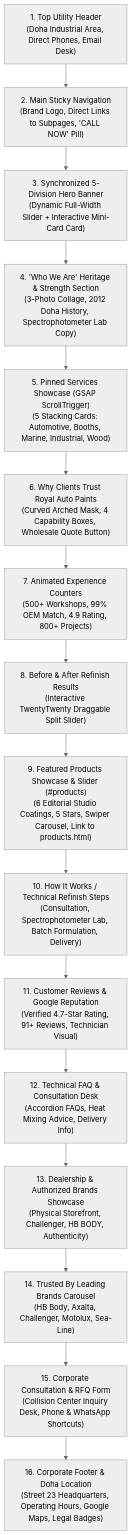
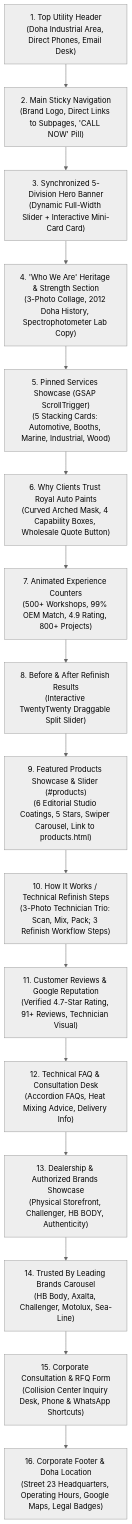
Before and after one commit to manu-gitxen/royalautopaintsre: the second of 2 diagrams in docs/blueprint.md, drawn with Mermaid (neutral theme). The commit also changed 2 other files, not shown here.

Commit message:
HTML Guard (index.html): Added e-no-lazyload to the section parent and image containers so Elementor's default lazy-loader does not hide the background images. CSS Overrides (css/custom.css): Added clean, high-priority rules ensuring all three cards display side-by-side with border-radius: 18px, background-size: cover, and subtle drop shadows.

````diff
--- a/docs/blueprint.md
+++ b/docs/blueprint.md
@@ -160,21 +160,21 @@
 ```mermaid
 flowchart TD
     S1["1. Top Utility Header\n(Doha Industrial Area, Direct Phones, Email Desk)"]
     S2["2. Main Sticky Navigation\n(Brand Logo, Direct Links to Subpages, 'CALL NOW' Pill)"]
     S3["3. Synchronized 5-Division Hero Banner\n(Dynamic Full-Width Slider + Interactive Mini-Card Card)"]
     S4["4. 'Who We Are' Heritage & Strength Section\n(3-Photo Collage, 2012 Doha History, Spectrophotometer Lab Copy)"]
     S5["5. Pinned Services Showcase (GSAP ScrollTrigger)\n(5 Stacking Cards: Automotive, Booths, Marine, Industrial, Wood)"]
     S6["6. Why Clients Trust Royal Auto Paints\n(Curved Arched Mask, 4 Capability Boxes, Wholesale Quote Button)"]
     S7["7. Animated Experience Counters\n(500+ Workshops, 99% OEM Match, 4.9 Rating, 800+ Projects)"]
     S8["8. Before & After Refinish Results\n(Interactive TwentyTwenty Draggable Split Slider)"]
     S9["9. Featured Products Showcase & Slider (#products)\n(6 Editorial Studio Coatings, 5 Stars, Swiper Carousel, Link to products.html)"]
-    S10["10. How It Works / Technical Refinish Steps\n(Consultation, Spectrophotometer Lab, Batch Formulation, Delivery)"]
+    S10["10. How It Works / Technical Refinish Steps\n(3-Photo Technician Trio: Scan, Mix, Pack; 3 Refinish Workflow Steps)"]
     S11["11. Customer Reviews & Google Reputation\n(Verified 4.7-Star Rating, 91+ Reviews, Technician Visual)"]
     S12["12. Technical FAQ & Consultation Desk\n(Accordion FAQs, Heat Mixing Advice, Delivery Info)"]
     S13["13. Dealership & Authorized Brands Showcase\n(Physical Storefront, Challenger, HB BODY, Authenticity)"]
     S14["14. Trusted By Leading Brands Carousel\n(HB Body, Axalta, Challenger, Motolux, Sea-Line)"]
     S15["15. Corporate Consultation & RFQ Form\n(Collision Center Inquiry Desk, Phone & WhatsApp Shortcuts)"]
     S16["16. Corporate Footer & Doha Location\n(Street 23 Headquarters, Operating Hours, Google Maps, Legal Badges)"]
 
     S1 --> S2 --> S3 --> S4 --> S5 --> S6 --> S7 --> S8 --> S9 --> S10 --> S11 --> S12 --> S13 --> S14 --> S15 --> S16
 ```
````
